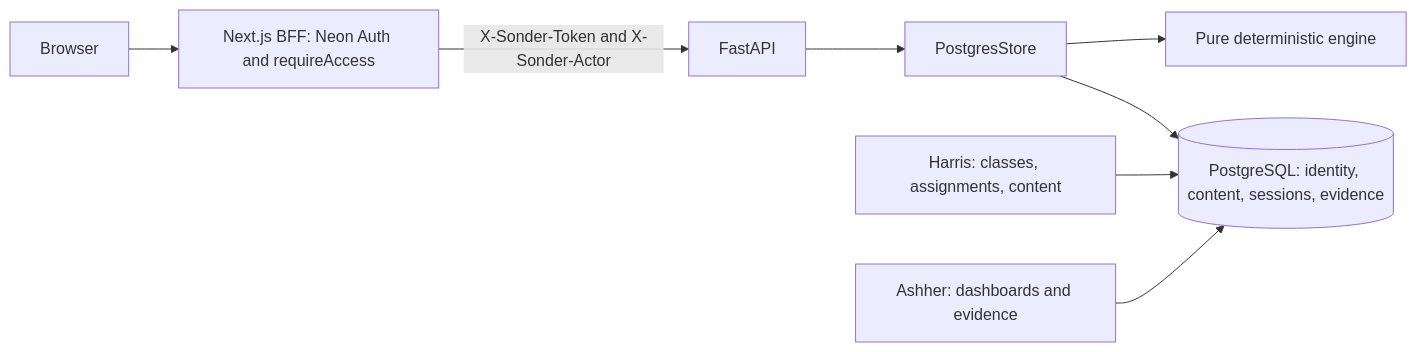
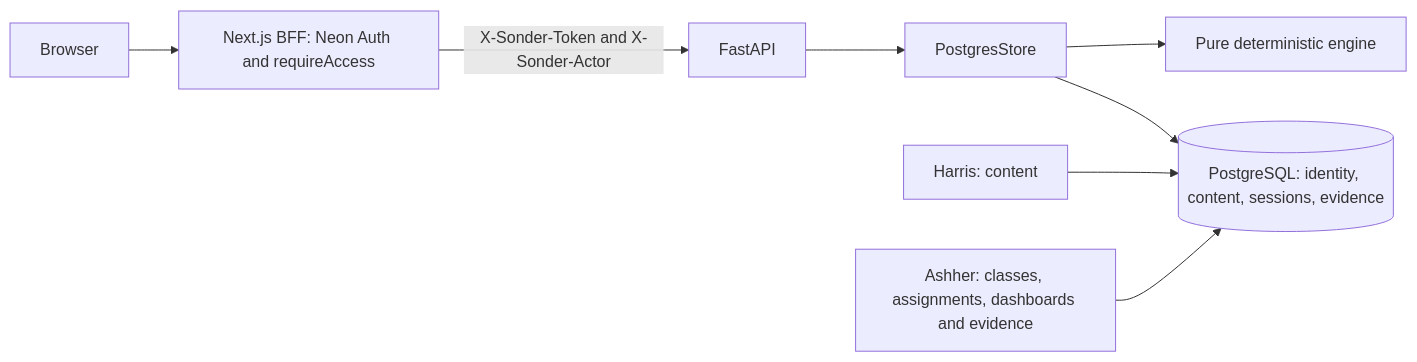
Before and after one commit to sonder-fyp/SONDER: the first of 4 diagrams in docs/design/PERSISTENCE_AND_ACCESS.md, drawn with Mermaid. The commit also changed other lines of this file and 1 other file, not shown here.

Commit message:
docs(api): assignment starts are live in session contract v2 (I2-H12)
- SESSION_CONTRACT 5.3 lists the new start refusals (assignment_closed,
  assignment_unavailable, attempt_in_progress, attempt_limit_reached) and
  the wider meaning of assignment_not_found and create_conflict.
- 5.4 notes that identical retries are answered even after an assignment
  closes, and that simultaneous different starts make at most one attempt.
- 5.5 now describes what was built (migrations 0005-0007, the start
  sequence, memory mode) and points to CLASS_ASSIGNMENT_CONTRACT.md.
- PERSISTENCE_AND_ACCESS D9, the limitations and the ownership diagram
  match: Ashher owns classes and assignments, Harris owns content.

````diff
--- a/docs/design/PERSISTENCE_AND_ACCESS.md
+++ b/docs/design/PERSISTENCE_AND_ACCESS.md
@@ -5,10 +5,10 @@
 ```mermaid
 flowchart LR
   Browser --> BFF[Next.js BFF: Neon Auth and requireAccess]
   BFF -->|X-Sonder-Token and X-Sonder-Actor| API[FastAPI]
   API --> Store[PostgresStore]
   Store --> Engine[Pure deterministic engine]
   Store --> DB[(PostgreSQL: identity, content, sessions, evidence)]
-  Harris[Harris: classes, assignments, content] --> DB
-  Ashher[Ashher: dashboards and evidence] --> DB
+  Harris[Harris: content] --> DB
+  Ashher[Ashher: classes, assignments, dashboards and evidence] --> DB
 ```
````
